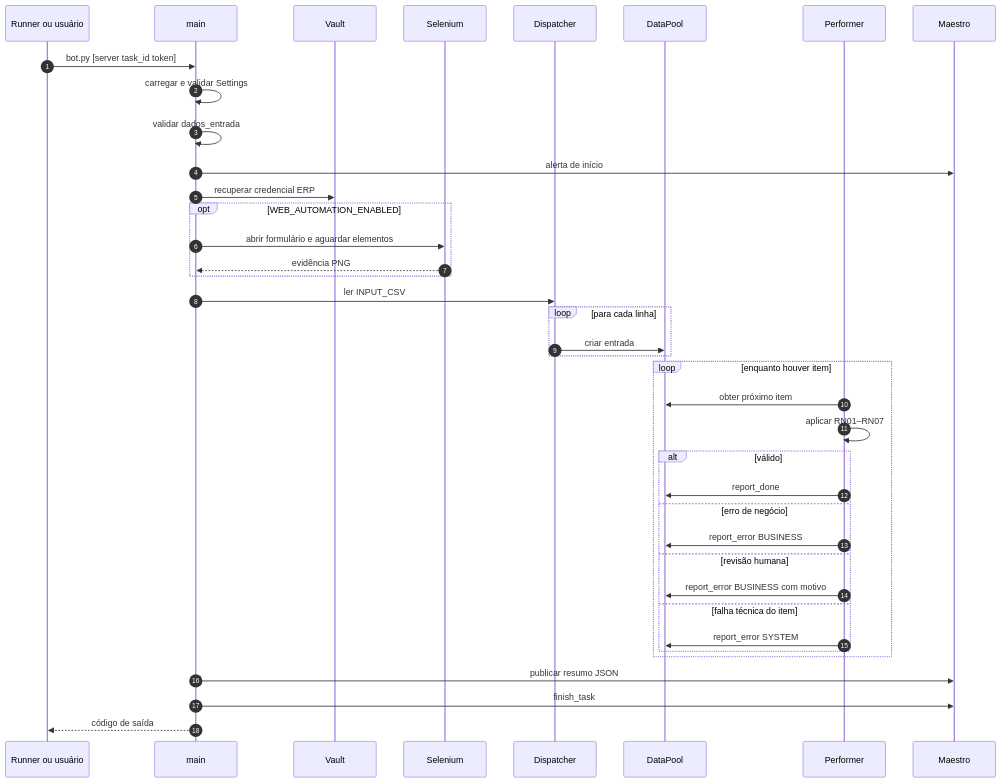
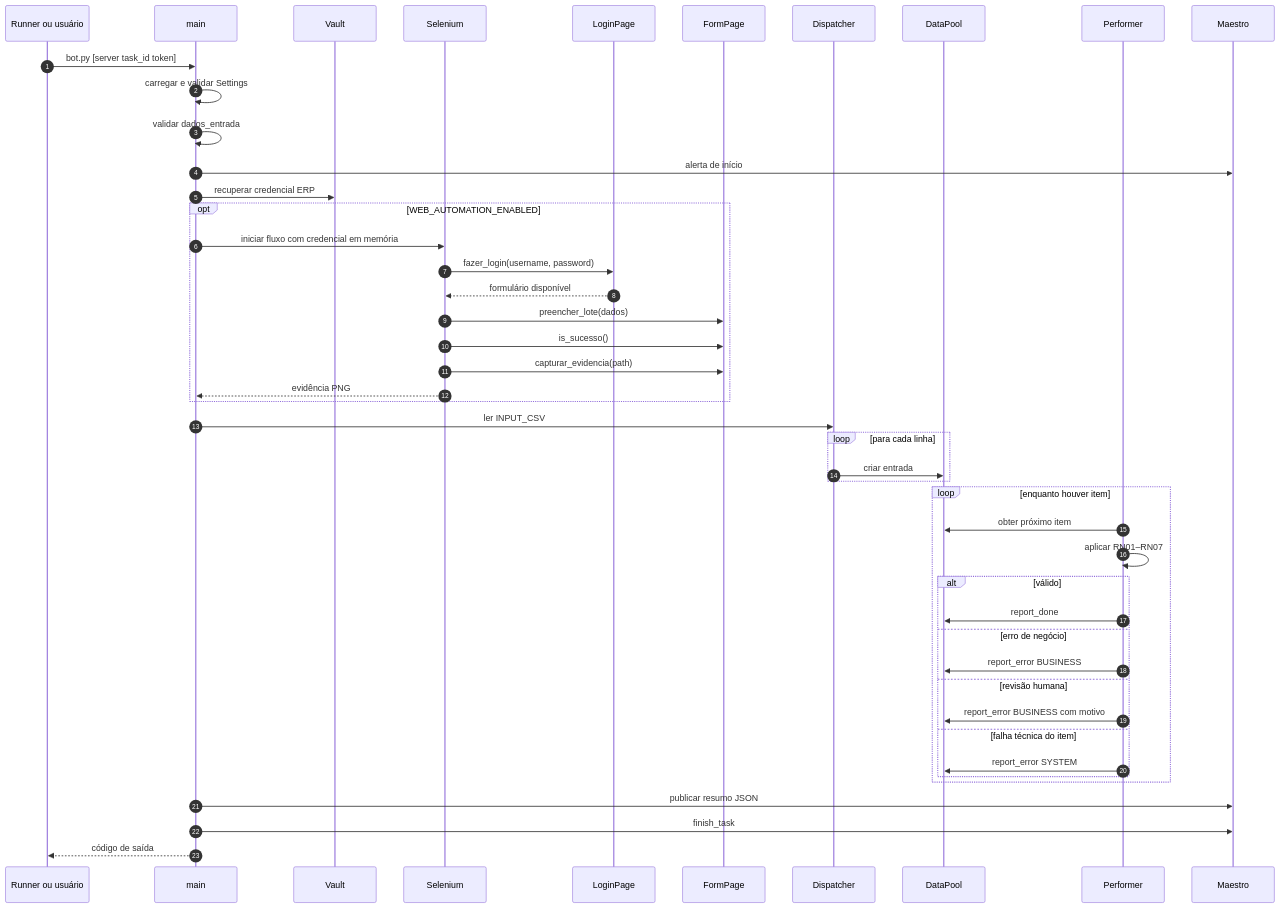
One commit to g-f307/conferencia-de-lotes changed the second of 3 diagrams in docs/ARQUITETURA.md. Above: the diagram before and after it, drawn with Mermaid. The commit also changed other lines of this file and 9 other files, not shown here.

First line of the commit message:
refactor(selenium): integrar Page Objects ao fluxo da automação (#33)

````diff
--- a/docs/ARQUITETURA.md
+++ b/docs/ARQUITETURA.md
@@ -102,46 +108,53 @@
 ```mermaid
 sequenceDiagram
     autonumber
     participant R as Runner ou usuário
     participant M as main
     participant V as Vault
     participant W as Selenium
+    participant L as LoginPage
+    participant F as FormPage
     participant D as Dispatcher
     participant Q as DataPool
     participant P as Performer
     participant B as Maestro
 
     R->>M: bot.py [server task_id token]
     M->>M: carregar e validar Settings
     M->>M: validar dados_entrada
     M->>B: alerta de início
     M->>V: recuperar credencial ERP
 
     opt WEB_AUTOMATION_ENABLED
-        M->>W: abrir formulário e aguardar elementos
+        M->>W: iniciar fluxo com credencial em memória
+        W->>L: fazer_login(username, password)
+        L-->>W: formulário disponível
+        W->>F: preencher_lote(dados)
+        W->>F: is_sucesso()
+        W->>F: capturar_evidencia(path)
         W-->>M: evidência PNG
     end
 
     M->>D: ler INPUT_CSV
     loop para cada linha
         D->>Q: criar entrada
     end
 
     loop enquanto houver item
         P->>Q: obter próximo item
         P->>P: aplicar RN01–RN07
         alt válido
             P->>Q: report_done
         else erro de negócio
             P->>Q: report_error BUSINESS
         else revisão humana
             P->>Q: report_error BUSINESS com motivo
         else falha técnica do item
             P->>Q: report_error SYSTEM
         end
     end
 
     M->>B: publicar resumo JSON
     M->>B: finish_task
     M-->>R: código de saída
 ```
````
